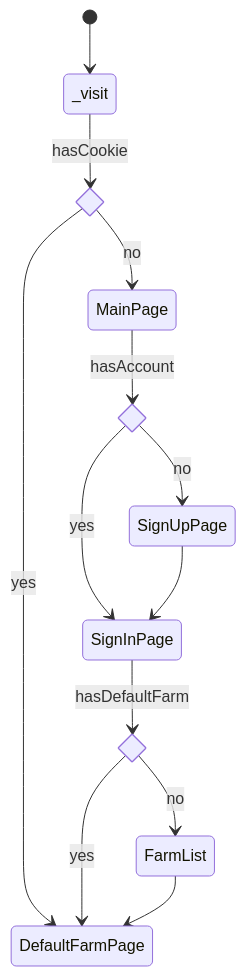
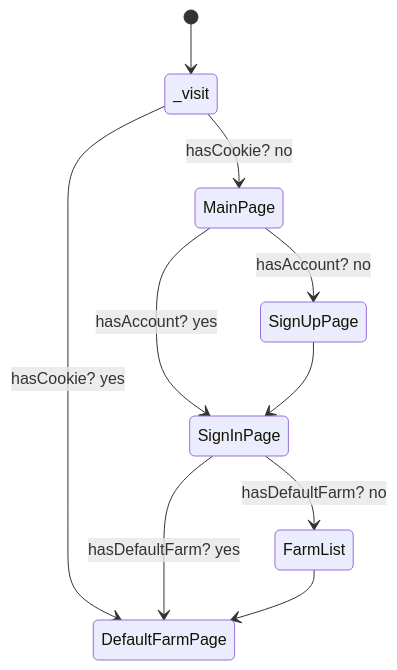
One commit to jadewisemann/Smart_Farm_Monitoring_System changed the diagram in FrontEndApp/docs/Producer_App_Page_Flow.md. Above: the diagram before and after it, drawn with Mermaid.

Commit message:
docs: remove if_state from Flow Chart

````diff
--- a/FrontEndApp/docs/Producer_App_Page_Flow.md
+++ b/FrontEndApp/docs/Producer_App_Page_Flow.md
@@ -2,22 +2,13 @@
 ```mermaid
 stateDiagram-v2
-state if_state <<choice>>
-state if_state_1 <<choice>>
-state if_state_2 <<choice>>
 
 [*] --> _visit
-_visit --> if_state:hasCookie
-if_state --> MainPage: no
-if_state --> DefaultFarmPage:yes
-
-MainPage --> if_state_1: hasAccount
-if_state_1 -->SignInPage: yes
-if_state_1 --> SignUpPage: no
-
+_visit --> MainPage: hasCookie? no
+_visit --> DefaultFarmPage:hasCookie? yes
+MainPage --> SignInPage: hasAccount? yes
+MainPage  --> SignUpPage: hasAccount? no
 SignUpPage --> SignInPage
-
-SignInPage --> if_state_2: hasDefaultFarm
-if_state_2 --> FarmList: no
-if_state_2 --> DefaultFarmPage: yes
+SignInPage --> FarmList: hasDefaultFarm? no
+SignInPage  --> DefaultFarmPage: hasDefaultFarm? yes
 FarmList --> DefaultFarmPage
 ```
````
